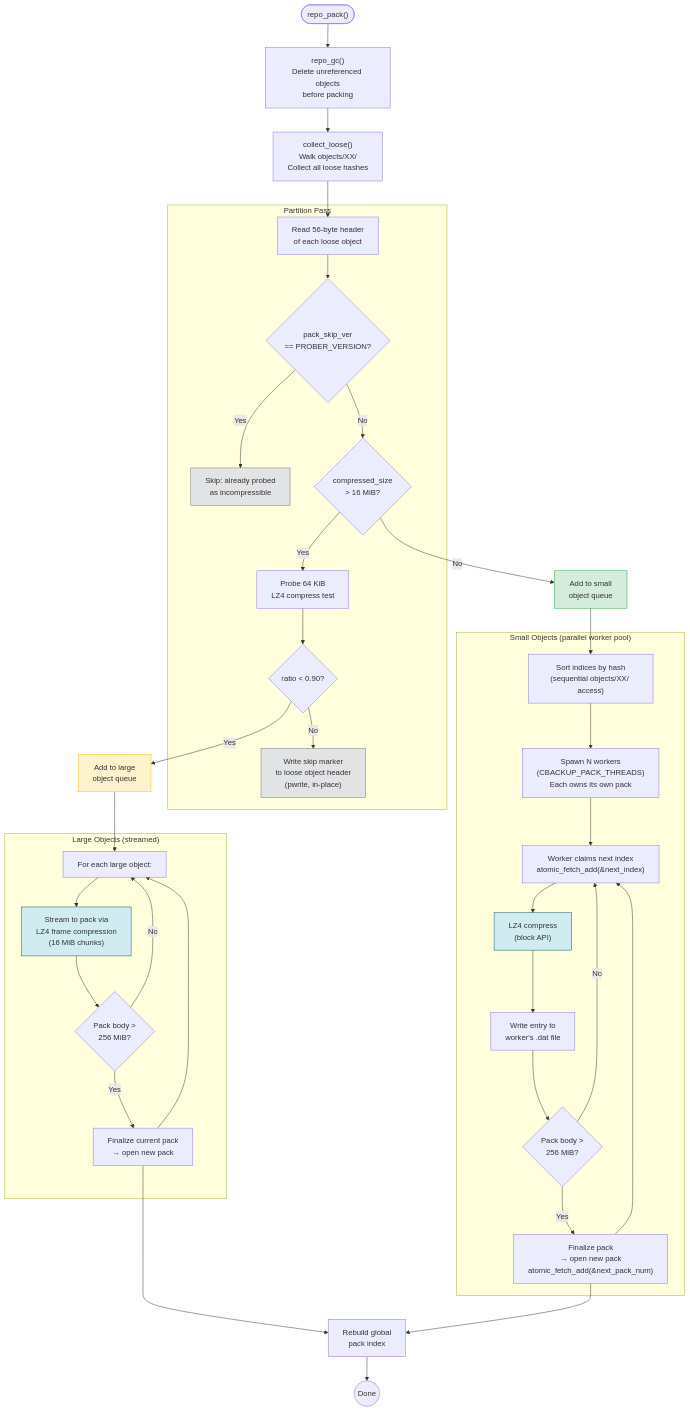
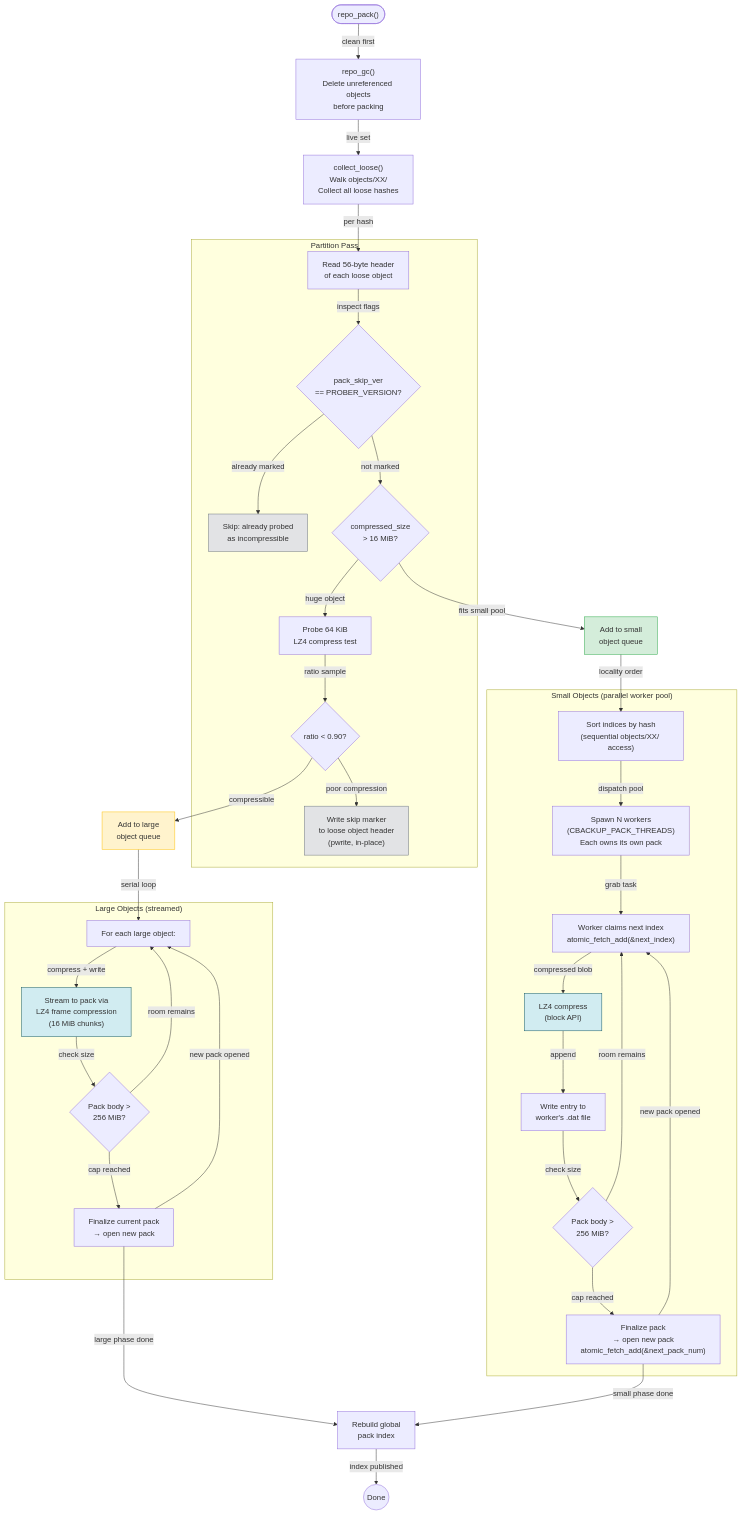
One commit to vifair22/c-backup changed the diagram in diagrams/12-pack-creation-dispatch.md. Above: the diagram before and after it, drawn with Mermaid. The commit also changed 11 other files, not shown here.

````diff
--- a/diagrams/12-pack-creation-dispatch.md
+++ b/diagrams/12-pack-creation-dispatch.md
@@ -5,64 +5,64 @@
 ```mermaid
 flowchart TD
     START(["repo_pack()"])
 
     GC["repo_gc()<br/>Delete unreferenced objects<br/>before packing"]
     COLLECT["collect_loose()<br/>Walk objects/XX/<br/>Collect all loose hashes"]
 
-    START --> GC --> COLLECT
+    START -->|clean first| GC -->|live set| COLLECT
 
     subgraph "Partition Pass"
         READ_HDR["Read 56-byte header<br/>of each loose object"]
         SKIP{"pack_skip_ver<br/>== PROBER_VERSION?"}
         SKIP_MARK["Skip: already probed<br/>as incompressible"]
         SIZE{"compressed_size<br/>> 16 MiB?"}
         PROBE["Probe 64 KiB<br/>LZ4 compress test"]
         RATIO{"ratio < 0.90?"}
         MARK_SKIP["Write skip marker<br/>to loose object header<br/>(pwrite, in-place)"]
     end
 
-    COLLECT --> READ_HDR --> SKIP
-    SKIP -- "Yes" --> SKIP_MARK
-    SKIP -- "No" --> SIZE
-    SIZE -- "Yes" --> PROBE
-    SIZE -- "No" --> SMALL["Add to small<br/>object queue"]
-    PROBE --> RATIO
-    RATIO -- "No" --> MARK_SKIP
-    RATIO -- "Yes" --> LARGE["Add to large<br/>object queue"]
+    COLLECT -->|per hash| READ_HDR -->|inspect flags| SKIP
+    SKIP -- "already marked" --> SKIP_MARK
+    SKIP -- "not marked" --> SIZE
+    SIZE -- "huge object" --> PROBE
+    SIZE -- "fits small pool" --> SMALL["Add to small<br/>object queue"]
+    PROBE -->|ratio sample| RATIO
+    RATIO -- "poor compression" --> MARK_SKIP
+    RATIO -- "compressible" --> LARGE["Add to large<br/>object queue"]
 
     subgraph "Large Objects (streamed)"
         LARGE_LOOP["For each large object:"]
         STREAM["Stream to pack via<br/>LZ4 frame compression<br/>(16 MiB chunks)"]
         CAP_CHECK{"Pack body ><br/>256 MiB?"}
         FINALIZE_L["Finalize current pack<br/>→ open new pack"]
     end
 
-    LARGE --> LARGE_LOOP --> STREAM --> CAP_CHECK
-    CAP_CHECK -- "No" --> LARGE_LOOP
-    CAP_CHECK -- "Yes" --> FINALIZE_L --> LARGE_LOOP
+    LARGE -->|serial loop| LARGE_LOOP -->|compress + write| STREAM -->|check size| CAP_CHECK
+    CAP_CHECK -- "room remains" --> LARGE_LOOP
+    CAP_CHECK -- "cap reached" --> FINALIZE_L -->|new pack opened| LARGE_LOOP
 
     subgraph "Small Objects (parallel worker pool)"
         SORT_HASH["Sort indices by hash<br/>(sequential objects/XX/ access)"]
         SPAWN["Spawn N workers<br/>(CBACKUP_PACK_THREADS)<br/>Each owns its own pack"]
         WORKER["Worker claims next index<br/>atomic_fetch_add(&next_index)"]
         LZ4["LZ4 compress<br/>(block API)"]
         WRITE_ENTRY["Write entry to<br/>worker's .dat file"]
         W_CAP{"Pack body ><br/>256 MiB?"}
         FINALIZE_W["Finalize pack<br/>→ open new pack<br/>atomic_fetch_add(&next_pack_num)"]
     end
 
-    SMALL --> SORT_HASH --> SPAWN --> WORKER --> LZ4 --> WRITE_ENTRY --> W_CAP
-    W_CAP -- "No" --> WORKER
-    W_CAP -- "Yes" --> FINALIZE_W --> WORKER
+    SMALL -->|locality order| SORT_HASH -->|dispatch pool| SPAWN -->|grab task| WORKER -->|compressed blob| LZ4 -->|append| WRITE_ENTRY -->|check size| W_CAP
+    W_CAP -- "room remains" --> WORKER
+    W_CAP -- "cap reached" --> FINALIZE_W -->|new pack opened| WORKER
 
-    FINALIZE_L --> REBUILD
-    FINALIZE_W --> REBUILD["Rebuild global<br/>pack index"]
-    REBUILD --> DONE(("Done"))
+    FINALIZE_L -->|large phase done| REBUILD
+    FINALIZE_W -->|small phase done| REBUILD["Rebuild global<br/>pack index"]
+    REBUILD -->|index published| DONE(("Done"))
 
     style SKIP_MARK fill:#e2e3e5,stroke:#6c757d
     style MARK_SKIP fill:#e2e3e5,stroke:#6c757d
     style LARGE fill:#fff3cd,stroke:#ffc107
     style SMALL fill:#d4edda,stroke:#28a745
     style STREAM fill:#d1ecf1,stroke:#0c5460
     style LZ4 fill:#d1ecf1,stroke:#0c5460
 ```
````
